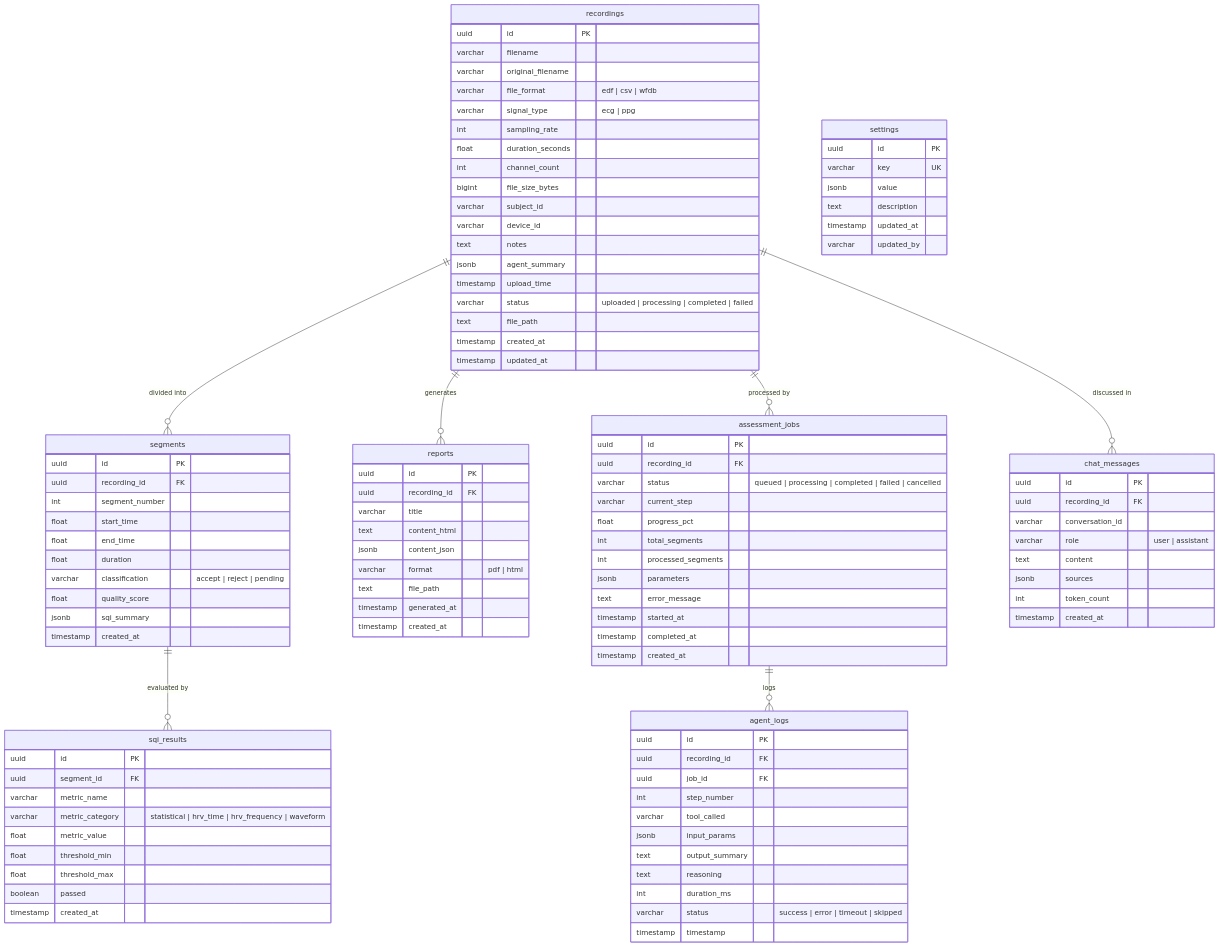
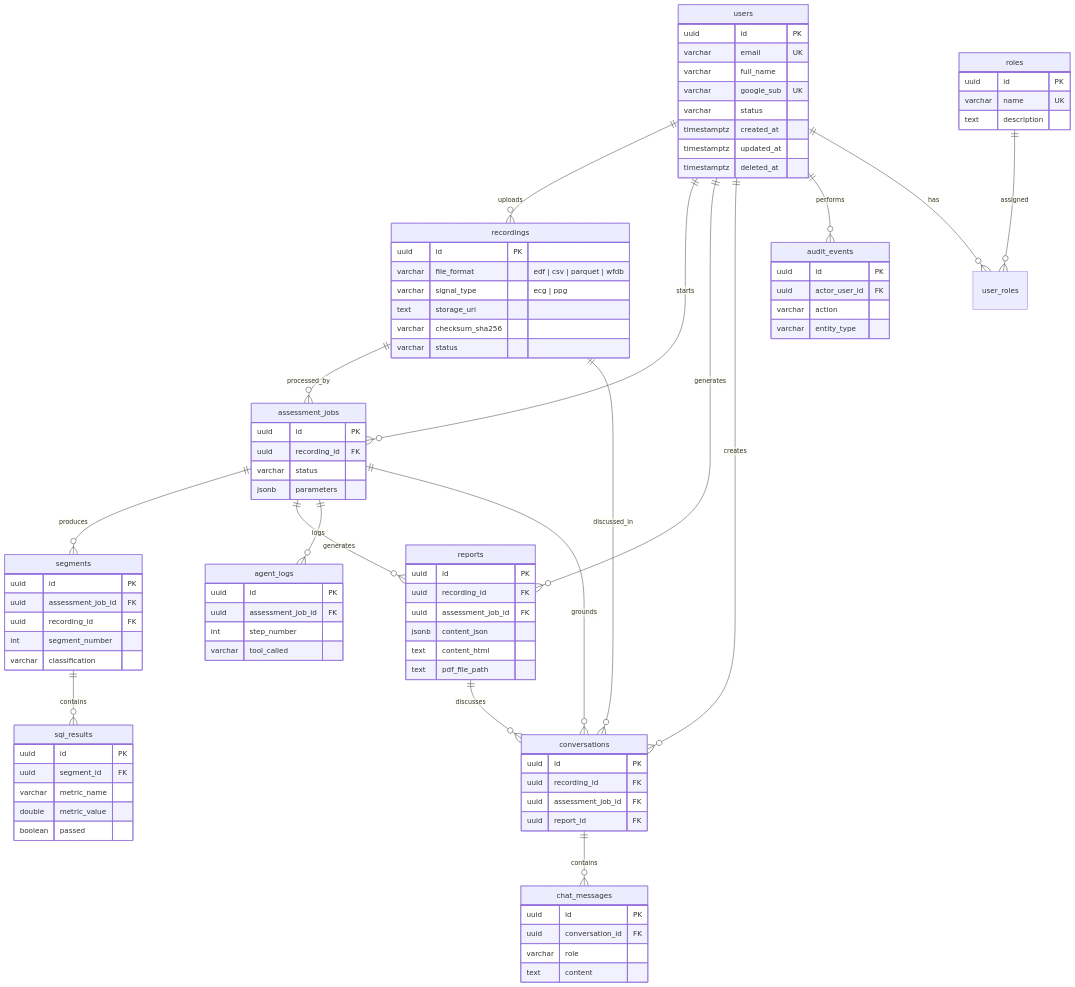
The diagram in docs/prd/11-data-model.md (toe-ho/oucru-vital-agent), drawn with Mermaid before and after one commit. The commit also changed other lines of this file and 14 other files, not shown here.

````diff
--- a/docs/prd/11-data-model.md
+++ b/docs/prd/11-data-model.md
@@ -29,116 +69,107 @@
 ```mermaid
 erDiagram
-    recordings ||--o{ segments : "divided into"
-    recordings ||--o{ reports : "generates"
-    recordings ||--o{ assessment_jobs : "processed by"
-    recordings ||--o{ chat_messages : "discussed in"
-    assessment_jobs ||--o{ agent_logs : "logs"
-    segments ||--o{ sqi_results : "evaluated by"
+    users ||--o{ recordings : uploads
+    users ||--o{ assessment_jobs : starts
+    users ||--o{ reports : generates
+    users ||--o{ conversations : creates
+    users ||--o{ audit_events : performs
+    users ||--o{ user_roles : has
+    roles ||--o{ user_roles : assigned
+
+    recordings ||--o{ assessment_jobs : processed_by
+    assessment_jobs ||--o{ segments : produces
+    segments ||--o{ sqi_results : contains
+    assessment_jobs ||--o{ reports : generates
+    assessment_jobs ||--o{ agent_logs : logs
+
+    recordings ||--o{ conversations : discussed_in
+    assessment_jobs ||--o{ conversations : grounds
+    reports ||--o{ conversations : discusses
+    conversations ||--o{ chat_messages : contains
+
+    users {
+        uuid id PK
+        varchar email UK
+        varchar full_name
+        varchar google_sub UK
+        varchar status
+        timestamptz created_at
+        timestamptz updated_at
+        timestamptz deleted_at
+    }
+
+    roles {
+        uuid id PK
+        varchar name UK
+        text description
+    }
 
     recordings {
         uuid id PK
-        varchar filename
-        varchar original_filename
-        varchar file_format "edf | csv | wfdb"
+        varchar file_format "edf | csv | parquet | wfdb"
         varchar signal_type "ecg | ppg"
-        int sampling_rate
-        float duration_seconds
-        int channel_count
-        bigint file_size_bytes
-        varchar subject_id
-        varchar device_id
-        text notes
-        jsonb agent_summary
-        timestamp upload_time
-        varchar status "uploaded | processing | completed | failed"
-        text file_path
-        timestamp created_at
-        timestamp updated_at
+        text storage_uri
+        varchar checksum_sha256
+        varchar status
     }
 
     assessment_jobs {
         uuid id PK
         uuid recording_id FK
-        varchar status "queued | processing | completed | failed | cancelled"
-        varchar current_step
-        float progress_pct
-        int total_segments
-        int processed_segments
+        varchar status
         jsonb parameters
-        text error_message
-        timestamp started_at
-        timestamp completed_at
-        timestamp created_at
     }
 
     segments {
         uuid id PK
+        uuid assessment_job_id FK
         uuid recording_id FK
         int segment_number
-        float start_time
-        float end_time
-        float duration
-        varchar classification "accept | reject | pending"
-        float quality_score
-        jsonb sqi_summary
-        timestamp created_at
+        varchar classification
     }
 
     sqi_results {
         uuid id PK
         uuid segment_id FK
         varchar metric_name
-        varchar metric_category "statistical | hrv_time | hrv_frequency | waveform"
-        float metric_value
-        float threshold_min
-        float threshold_max
+        double metric_value
         boolean passed
-        timestamp created_at
     }
 
     reports {
         uuid id PK
         uuid recording_id FK
-        varchar title
+        uuid assessment_job_id FK
+        jsonb content_json
         text content_html
-        jsonb content_json
-        varchar format "pdf | html"
-        text file_path
-        timestamp generated_at
-        timestamp created_at
+        text pdf_file_path
+    }
+
+    conversations {
+        uuid id PK
+        uuid recording_id FK
+        uuid assessment_job_id FK
+        uuid report_id FK
+    }
+
+    chat_messages {
+        uuid id PK
+        uuid conversation_id FK
+        varchar role
+        text content
     }
 
     agent_logs {
         uuid id PK
-        uuid recording_id FK
-        uuid job_id FK
+        uuid assessment_job_id FK
         int step_number
         varchar tool_called
-        jsonb input_params
-        text output_summary
-        text reasoning
-        int duration_ms
-        varchar status "success | error | timeout | skipped"
-        timestamp timestamp
     }
 
-    chat_messages {
+    audit_events {
         uuid id PK
-        uuid recording_id FK
-        varchar conversation_id
-        varchar role "user | assistant"
-        text content
-        jsonb sources
-        int token_count
-        timestamp created_at
-    }
-
-    settings {
-        uuid id PK
-        varchar key UK
-        jsonb value
-        text description
-        timestamp updated_at
-        varchar updated_by
+        uuid actor_user_id FK
+        varchar action
+        varchar entity_type
     }
 ```
````
